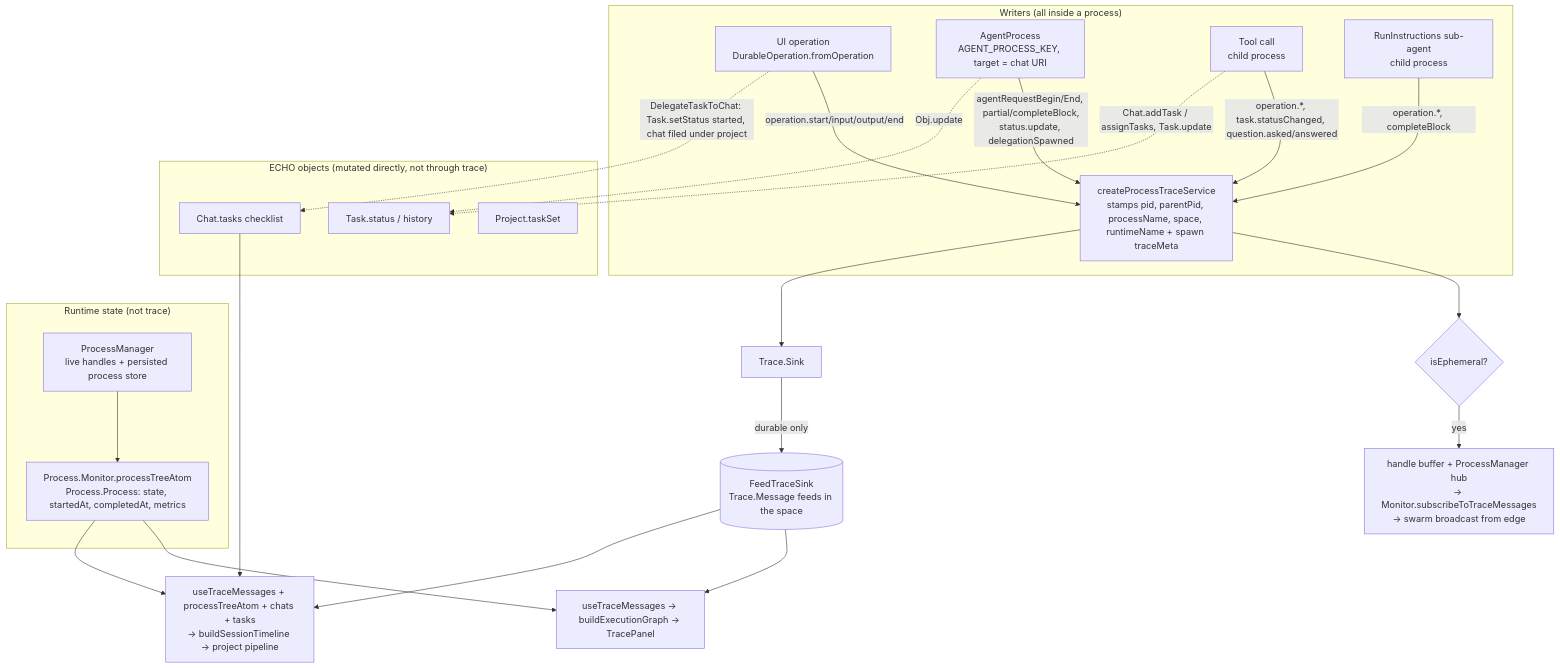
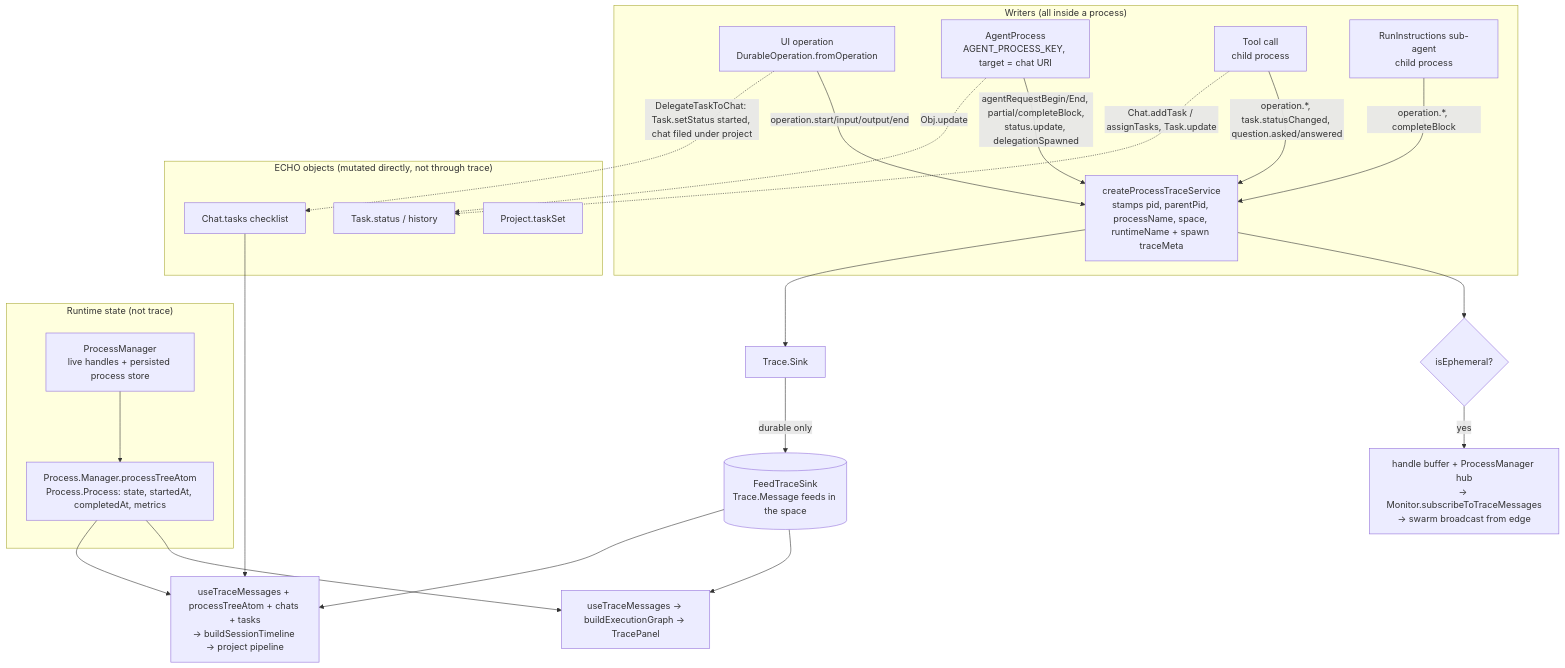
Before and after one commit to dxos/dxos: the third of 9 diagrams in packages/plugins/plugin-assistant/docs/ACTIVITY.md, drawn with Mermaid. The commit also changed other lines of this file and 37 other files, not shown here.

First line of the commit message:
compute: Process.Manager replaces Process.Monitor; add Process.isTerminal

````diff
--- a/packages/plugins/plugin-assistant/docs/ACTIVITY.md
+++ b/packages/plugins/plugin-assistant/docs/ACTIVITY.md
@@ -171,29 +171,29 @@
 ```mermaid
 flowchart TB
   subgraph writers["Writers (all inside a process)"]
     UI[UI operation<br/>DurableOperation.fromOperation] -->|operation.start/input/output/end| TS
     AG["AgentProcess<br/>AGENT_PROCESS_KEY, target = chat URI"] -->|"agentRequestBegin/End, partial/completeBlock,<br/>status.update, delegationSpawned"| TS
     TOOL[Tool call<br/>child process] -->|"operation.*, task.statusChanged, question.asked/answered"| TS
     SUB[RunInstructions sub-agent<br/>child process] -->|"operation.*, completeBlock"| TS
   end
   TS["createProcessTraceService<br/>stamps pid, parentPid, processName, space, runtimeName + spawn traceMeta"] --> EPH
   TS --> SINK
   EPH{isEphemeral?} -->|yes| HUB["handle buffer + ProcessManager hub<br/>→ Monitor.subscribeToTraceMessages<br/>→ swarm broadcast from edge"]
   SINK[Trace.Sink] -->|durable only| FEED[("FeedTraceSink<br/>Trace.Message feeds in the space")]
   subgraph state["Runtime state (not trace)"]
-    PM["ProcessManager<br/>live handles + persisted process store"] --> MON["Process.Monitor.processTreeAtom<br/>Process.Process: state, startedAt, completedAt, metrics"]
+    PM["ProcessManager<br/>live handles + persisted process store"] --> MON["Process.Manager.processTreeAtom<br/>Process.Process: state, startedAt, completedAt, metrics"]
   end
   subgraph objects["ECHO objects (mutated directly, not through trace)"]
     CHAT[Chat.tasks checklist]
     TASK[Task.status / history]
     PROJ[Project.taskSet]
   end
   AG -.->|Obj.update| TASK
   TOOL -.->|"Chat.addTask / assignTasks, Task.update"| TASK
   UI -.->|"DelegateTaskToChat: Task.setStatus started, chat filed under project"| CHAT
   FEED --> R1[useTraceMessages → buildExecutionGraph → TracePanel]
   FEED --> R2["useTraceMessages + processTreeAtom + chats + tasks<br/>→ buildSessionTimeline → project pipeline"]
   MON --> R1
   MON --> R2
   CHAT --> R2
 ```
````
